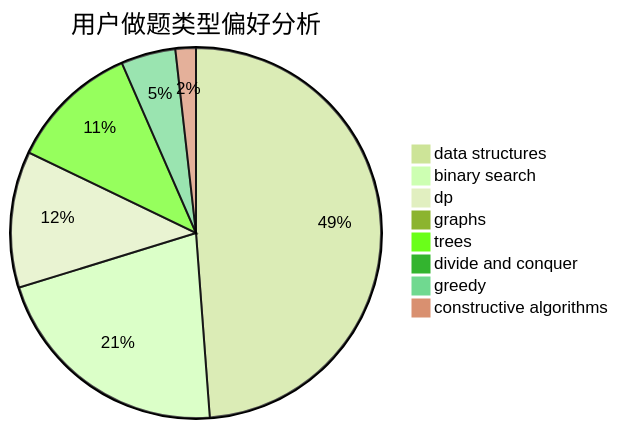
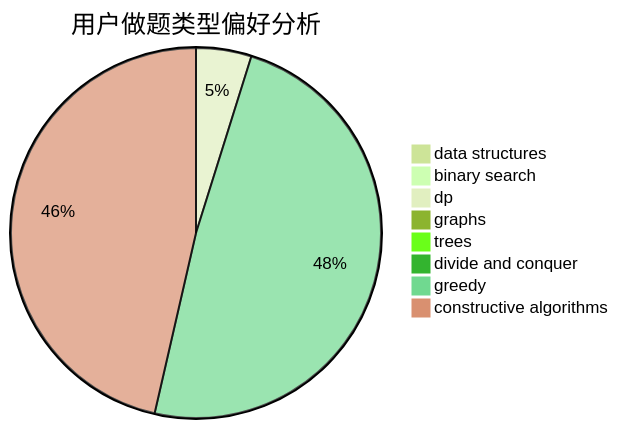
Before and after one commit to sherpahu/cfrs.github.io: the second of 3 diagrams in docs/user/u1678.md, drawn with Mermaid (forest theme). The commit also changed other lines of this file and 2770 other files, not shown here.

````diff
--- a/docs/user/u1678.md
+++ b/docs/user/u1678.md
@@ -23,11 +23,11 @@
 ```mermaid
 pie title 用户做题类型偏好分析
-    "data structures" :  82
-    "binary search" :  36
-    "dp" :  20
+    "data structures" :  7
+    "binary search" :  0
+    "dp" :  35
     "graphs" :  0
-    "trees" :  19
+    "trees" :  0
     "divide and conquer" :  0
-    "greedy" :  8
-    "constructive algorithms" :  3
+    "greedy" :  353
+    "constructive algorithms" :  336
 ```
````
